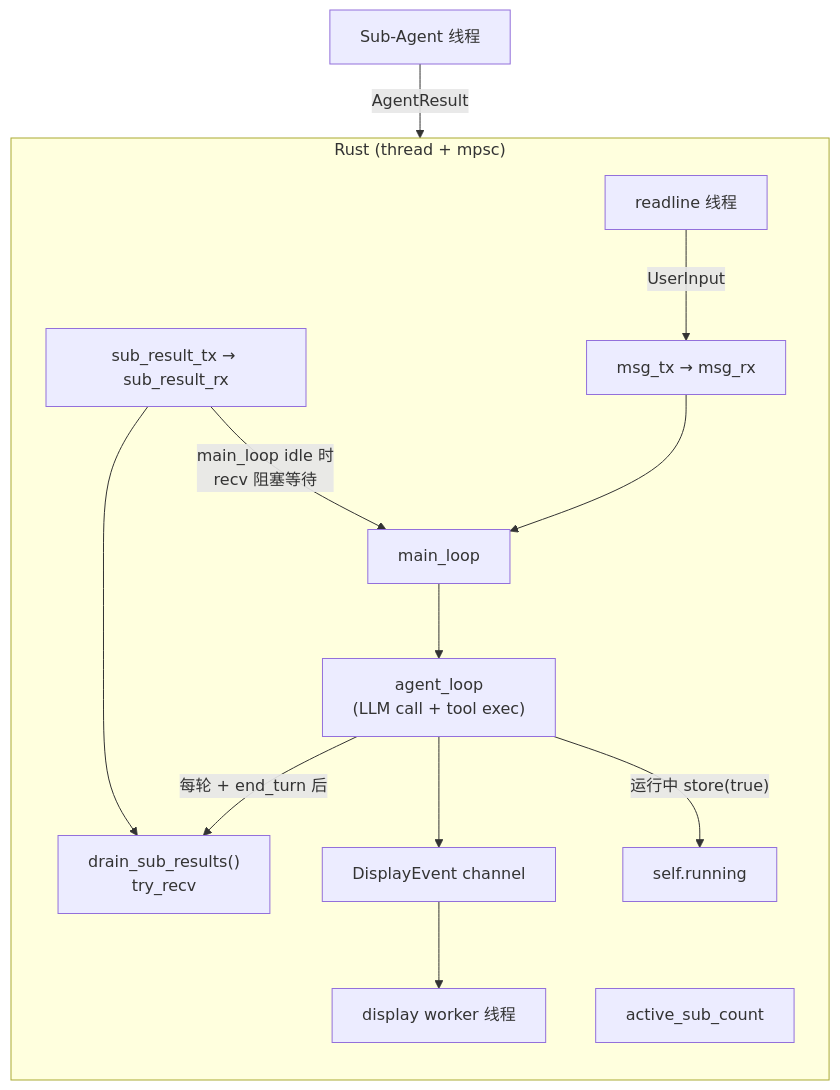
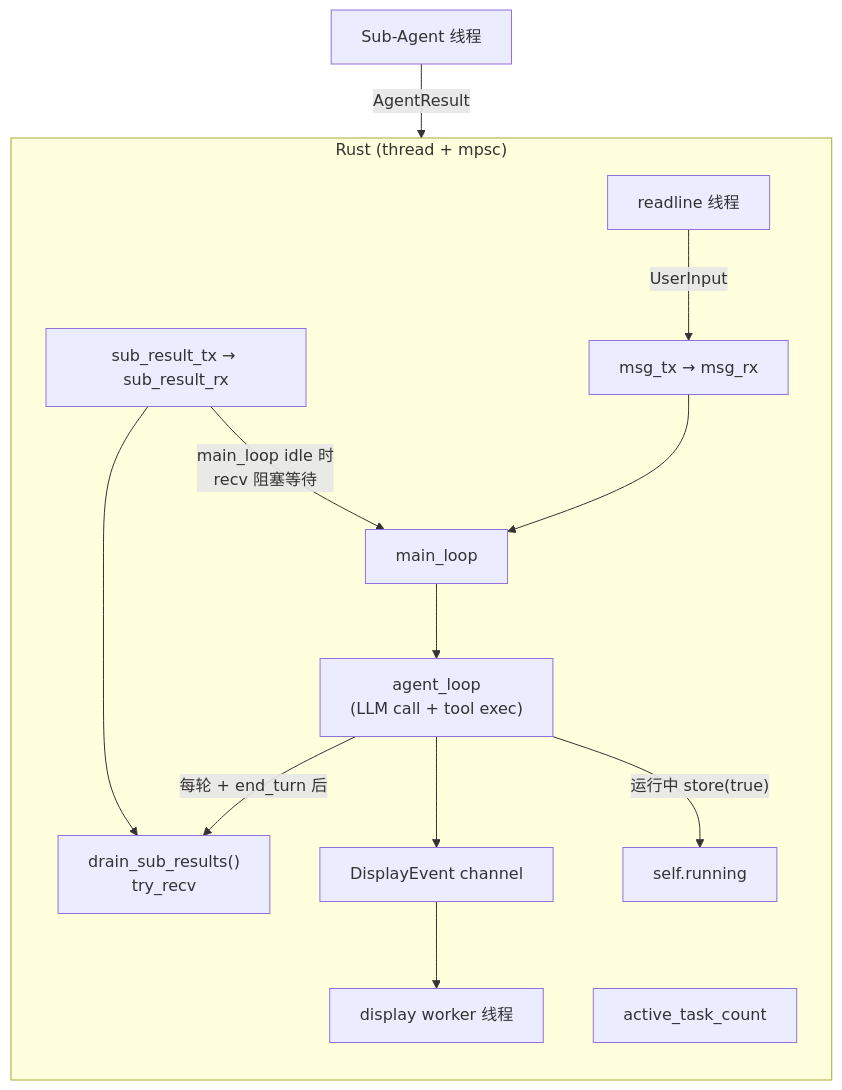
Before and after one commit to lloydzhou/bash-agent: the fifth of 5 diagrams in docs/BASH_ARCHITECTURE.md, drawn with Mermaid. The commit also changed other lines of this file, not shown here.

````diff
--- a/docs/BASH_ARCHITECTURE.md
+++ b/docs/BASH_ARCHITECTURE.md
@@ -1448,28 +1462,28 @@
 ```mermaid
 graph TB
     subgraph Rust["Rust (thread + mpsc)"]
         direction TB
         RL["readline 线程"]
         RInput["msg_tx → msg_rx"]
         RMain["main_loop"]
         RAgent["agent_loop<br/>(LLM call + tool exec)"]
         RDrain["drain_sub_results()<br/>try_recv"]
         RResultQ["sub_result_tx → sub_result_rx"]
         RDispQ["DisplayEvent channel"]
         RDisp["display worker 线程"]
         RRunning["self.running"]
-        RActive["active_sub_count"]
+        RActive["active_task_count"]
     end
     RSub["Sub-Agent 线程"]
 
     RL -->|"UserInput"| RInput
     RInput --> RMain
     RMain --> RAgent
     RAgent -->|"每轮 + end_turn 后"| RDrain
     RAgent --> RDispQ
     RDispQ --> RDisp
     RAgent -->|"运行中 store(true)"| RRunning
     RSub -->|"AgentResult"| RResultQ
     RResultQ --> RDrain
     RResultQ -->|"main_loop idle 时<br/>recv 阻塞等待"| RMain
 ```
````
